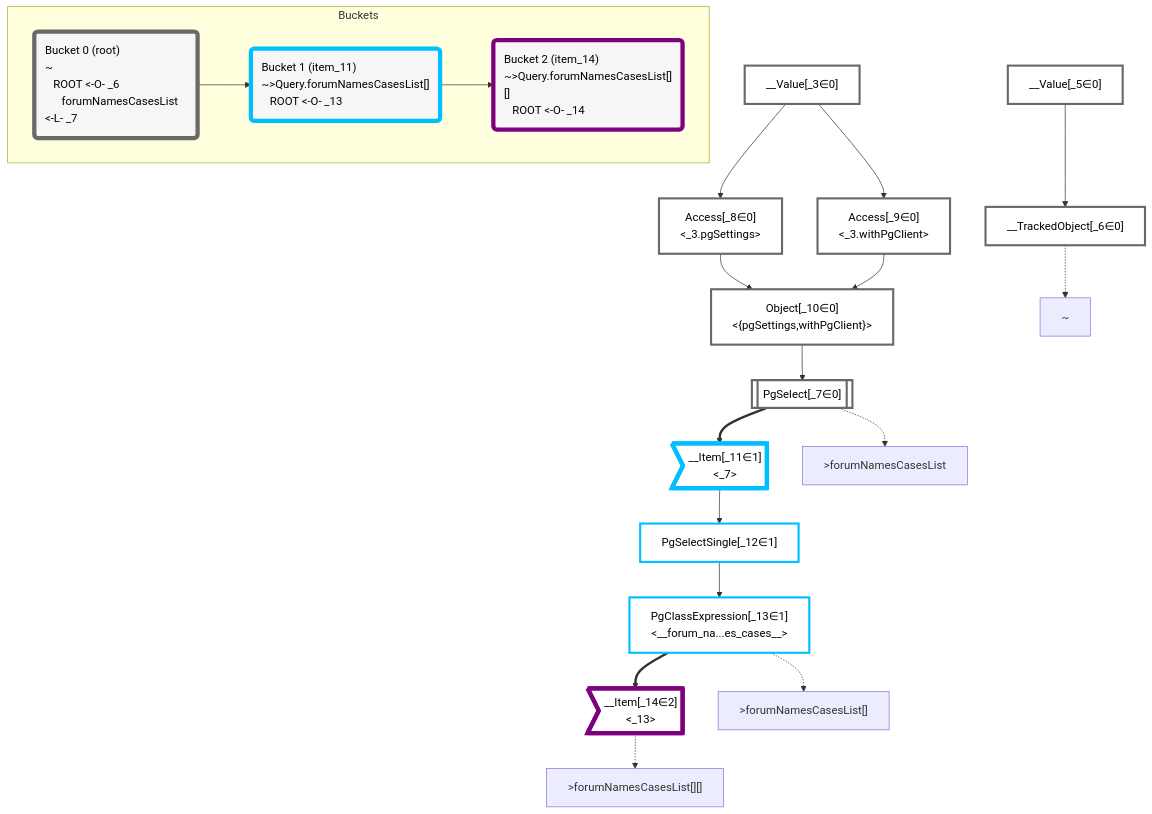
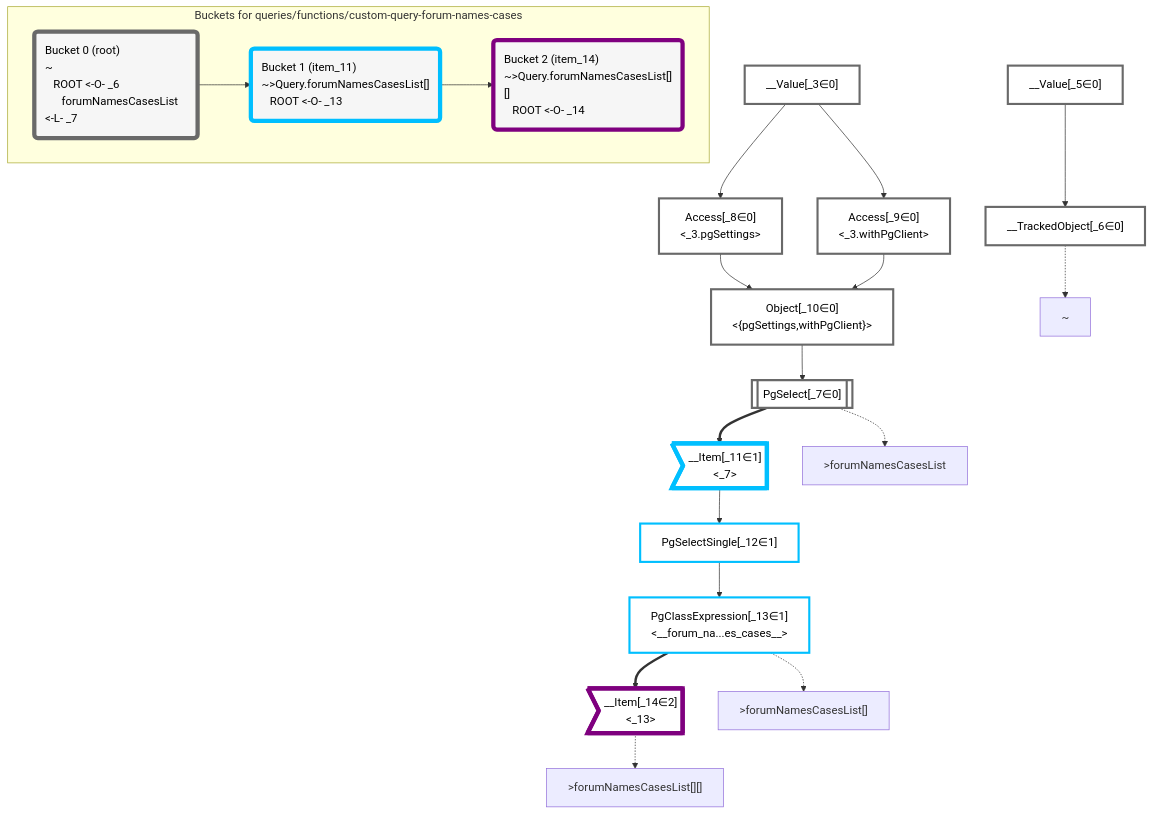
Before and after one commit to graphile/crystal: the diagram in packages/dataplan-pg/__tests__/queries/functions/custom-query-forum-names-cases.deopt.mermaid.md, drawn with Mermaid. The commit also changed 195 other files, not shown here.

````diff
--- a/packages/dataplan-pg/__tests__/queries/functions/custom-query-forum-names-cases.deopt.mermaid.md
+++ b/packages/dataplan-pg/__tests__/queries/functions/custom-query-forum-names-cases.deopt.mermaid.md
@@ -1,63 +1,63 @@
 ```mermaid
 graph TD
     classDef path fill:#eee,stroke:#000,color:#000
     classDef plan fill:#fff,stroke-width:3px,color:#000
     classDef itemplan fill:#fff,stroke-width:6px,color:#000
     classDef sideeffectplan fill:#f00,stroke-width:6px,color:#000
     classDef bucket fill:#f6f6f6,color:#000,stroke-width:6px,text-align:left
 
 
     %% define plans
     __Value_3["__Value[_3∈0]<br /><context>"]:::plan
     __Value_5["__Value[_5∈0]<br /><rootValue>"]:::plan
     __TrackedObject_6["__TrackedObject[_6∈0]"]:::plan
     PgSelect_7[["PgSelect[_7∈0]<br /><forum_names_cases>"]]:::plan
     Access_8["Access[_8∈0]<br /><_3.pgSettings>"]:::plan
     Access_9["Access[_9∈0]<br /><_3.withPgClient>"]:::plan
     Object_10["Object[_10∈0]<br /><{pgSettings,withPgClient}>"]:::plan
     __Item_11>"__Item[_11∈1]<br /><_7>"]:::itemplan
     PgSelectSingle_12["PgSelectSingle[_12∈1]<br /><forum_names_cases>"]:::plan
     PgClassExpression_13["PgClassExpression[_13∈1]<br /><__forum_na...es_cases__>"]:::plan
     __Item_14>"__Item[_14∈2]<br /><_13>"]:::itemplan
 
     %% plan dependencies
     __Value_5 --> __TrackedObject_6
     Object_10 --> PgSelect_7
     __Value_3 --> Access_8
     __Value_3 --> Access_9
     Access_8 --> Object_10
     Access_9 --> Object_10
     PgSelect_7 ==> __Item_11
     __Item_11 --> PgSelectSingle_12
     PgSelectSingle_12 --> PgClassExpression_13
     PgClassExpression_13 ==> __Item_14
 
     %% plan-to-path relationships
     P_6["~"]
     __TrackedObject_6 -.-> P_6
     P_7[">forumNamesCasesList"]
     PgSelect_7 -.-> P_7
     P_13[">forumNamesCasesList[]"]
     PgClassExpression_13 -.-> P_13
     P_14[">forumNamesCasesList[][]"]
     __Item_14 -.-> P_14
 
     %% allocate buckets
     classDef bucket0 stroke:#696969
     class __Value_3,__Value_5,__TrackedObject_6,PgSelect_7,Access_8,Access_9,Object_10 bucket0
     classDef bucket1 stroke:#00bfff
     class __Item_11,PgSelectSingle_12,PgClassExpression_13 bucket1
     classDef bucket2 stroke:#7f007f
     class __Item_14 bucket2
 
-    subgraph Buckets
+    subgraph "Buckets for queries/functions/custom-query-forum-names-cases"
     Bucket0("Bucket 0 (root)<br />~<br />⠀ROOT <-O- _6<br />⠀⠀forumNamesCasesList <-L- _7"):::bucket
     style Bucket0 stroke:#696969
     Bucket1("Bucket 1 (item_11)<br />~>Query.forumNamesCasesList[]<br />⠀ROOT <-O- _13"):::bucket
     style Bucket1 stroke:#00bfff
     Bucket0 --> Bucket1
     Bucket2("Bucket 2 (item_14)<br />~>Query.forumNamesCasesList[][]<br />⠀ROOT <-O- _14"):::bucket
     style Bucket2 stroke:#7f007f
     Bucket1 --> Bucket2
     end
 ```
````
